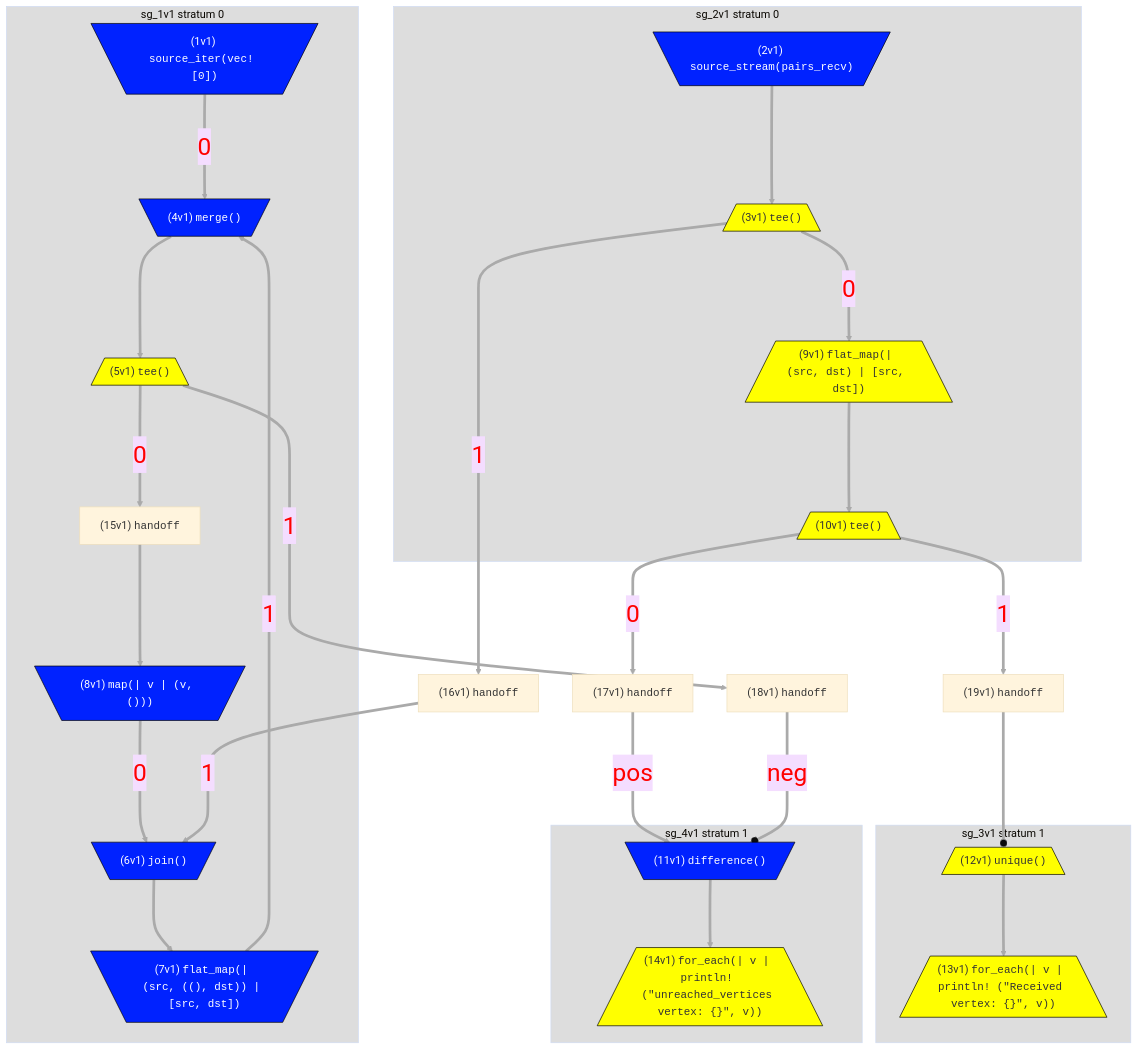
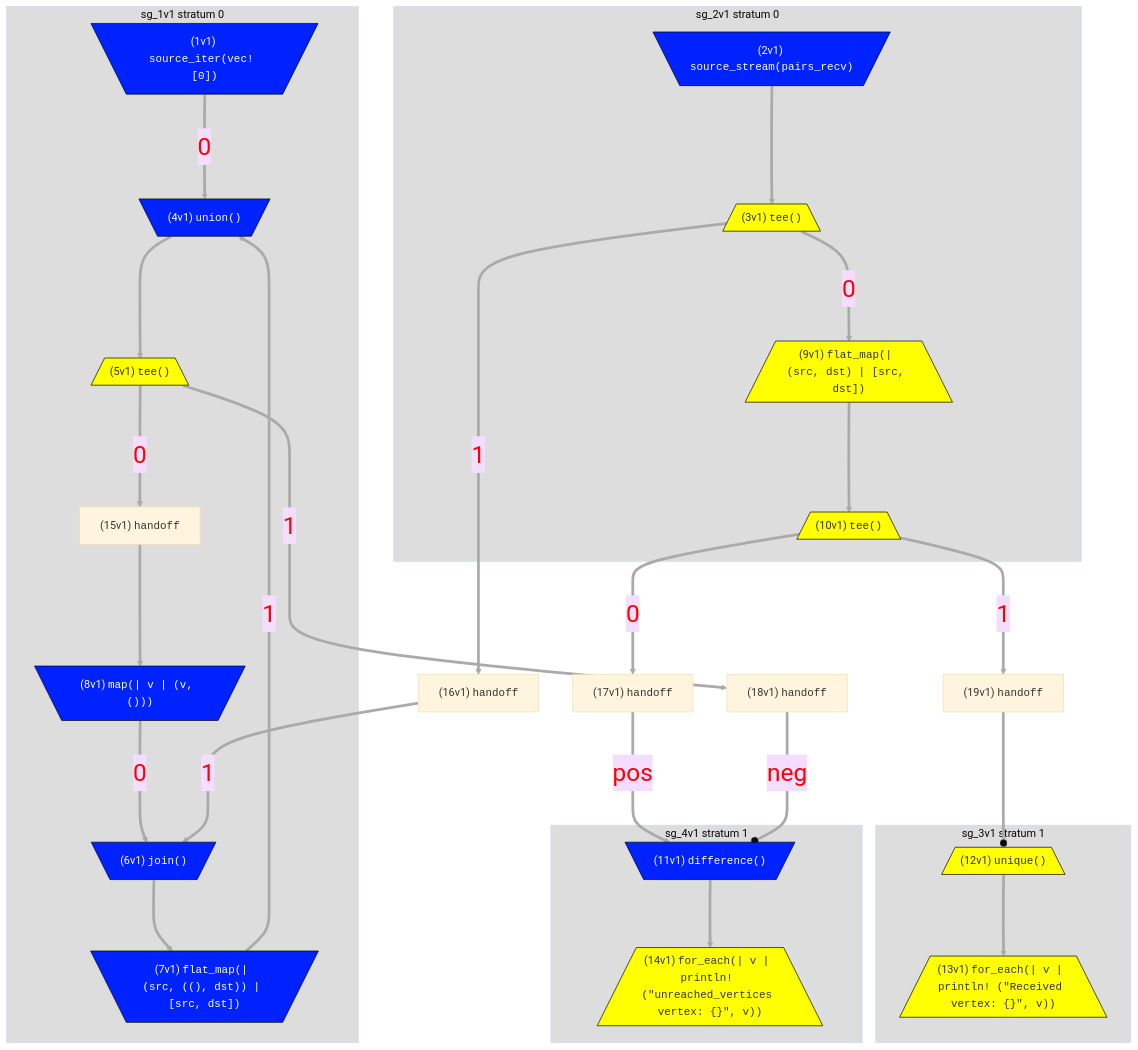
One commit to nickjiang2378/hydroflow changed the second of 2 diagrams in docs/docs/hydroflow/quickstart/example_6_unreachability.md. Above: the diagram before and after it, drawn with Mermaid. The commit also changed other lines of this file and 100 other files, not shown here.

Commit message:
rename: merge() to union() (#697)

````diff
--- a/docs/docs/hydroflow/quickstart/example_6_unreachability.md
+++ b/docs/docs/hydroflow/quickstart/example_6_unreachability.md
@@ -118,54 +118,54 @@
 ```mermaid
 %%{init: {'theme': 'base', 'themeVariables': {'clusterBkg':'#ddd'}}}%%
 flowchart TD
 classDef pullClass fill:#02f,color:#fff,stroke:#000
 classDef pushClass fill:#ff0,stroke:#000
 linkStyle default stroke:#aaa,stroke-width:4px,color:red,font-size:1.5em;
 subgraph "sg_1v1 stratum 0"
     1v1[\"(1v1) <tt>source_iter(vec! [0])</tt>"/]:::pullClass
     8v1[\"(8v1) <tt>map(| v | (v, ()))</tt>"/]:::pullClass
     6v1[\"(6v1) <tt>join()</tt>"/]:::pullClass
     7v1[\"(7v1) <tt>flat_map(| (src, ((), dst)) | [src, dst])</tt>"/]:::pullClass
-    4v1[\"(4v1) <tt>merge()</tt>"/]:::pullClass
+    4v1[\"(4v1) <tt>union()</tt>"/]:::pullClass
     5v1[/"(5v1) <tt>tee()</tt>"\]:::pushClass
     15v1["(15v1) <tt>handoff</tt>"]:::otherClass
     15v1--->8v1
     1v1--0--->4v1
     8v1--0--->6v1
     6v1--->7v1
     7v1--1--->4v1
     4v1--->5v1
     5v1--0--->15v1
 end
 subgraph "sg_2v1 stratum 0"
     2v1[\"(2v1) <tt>source_stream(pairs_recv)</tt>"/]:::pullClass
     3v1[/"(3v1) <tt>tee()</tt>"\]:::pushClass
     9v1[/"(9v1) <tt>flat_map(| (src, dst) | [src, dst])</tt>"\]:::pushClass
     10v1[/"(10v1) <tt>tee()</tt>"\]:::pushClass
     2v1--->3v1
     3v1--0--->9v1
     9v1--->10v1
 end
 subgraph "sg_3v1 stratum 1"
     12v1[/"(12v1) <tt>unique()</tt>"\]:::pushClass
     13v1[/"(13v1) <tt>for_each(| v | println! (&quot;Received vertex: {}&quot;, v))</tt>"\]:::pushClass
     12v1--->13v1
 end
 subgraph "sg_4v1 stratum 1"
     11v1[\"(11v1) <tt>difference()</tt>"/]:::pullClass
     14v1[/"(14v1) <tt>for_each(| v | println! (&quot;unreached_vertices vertex: {}&quot;, v))</tt>"\]:::pushClass
     11v1--->14v1
 end
 3v1--1--->16v1
 5v1--1--->18v1
 10v1--0--->17v1
 10v1--1--->19v1
 16v1["(16v1) <tt>handoff</tt>"]:::otherClass
 16v1--1--->6v1
 17v1["(17v1) <tt>handoff</tt>"]:::otherClass
 17v1--pos--->11v1
 18v1["(18v1) <tt>handoff</tt>"]:::otherClass
 18v1==neg===o11v1
 19v1["(19v1) <tt>handoff</tt>"]:::otherClass
 19v1===o12v1
 ```
````
